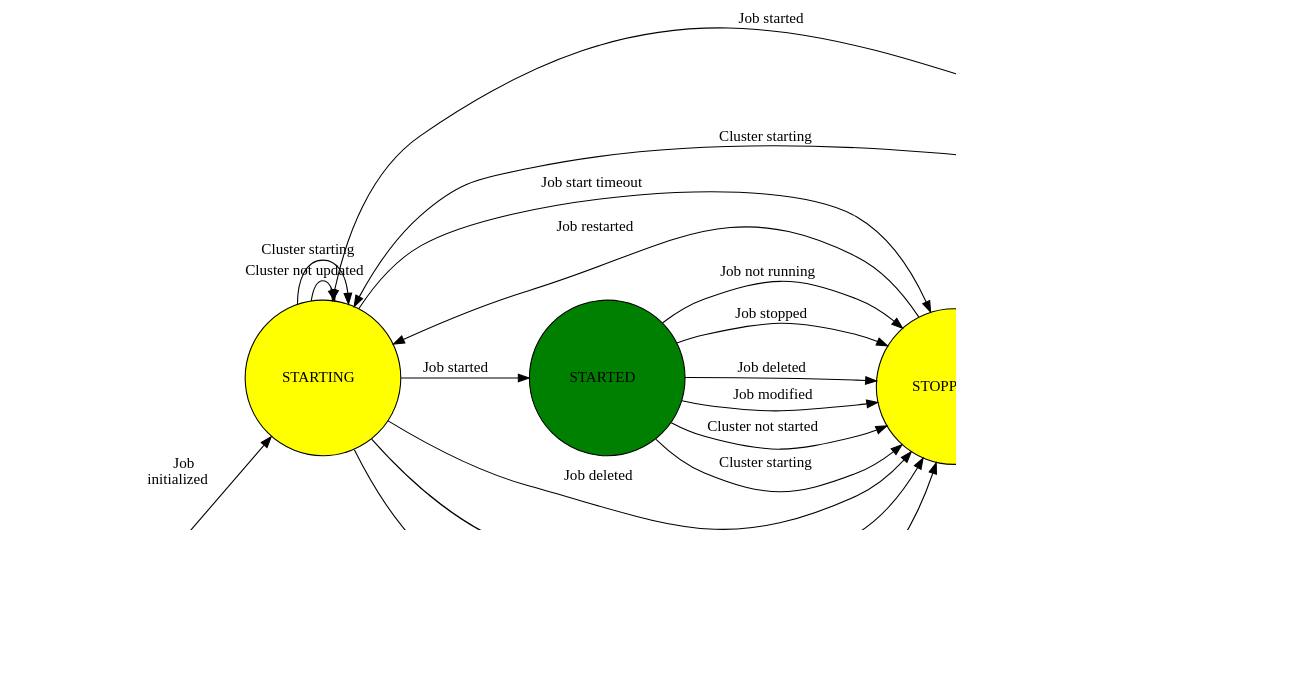
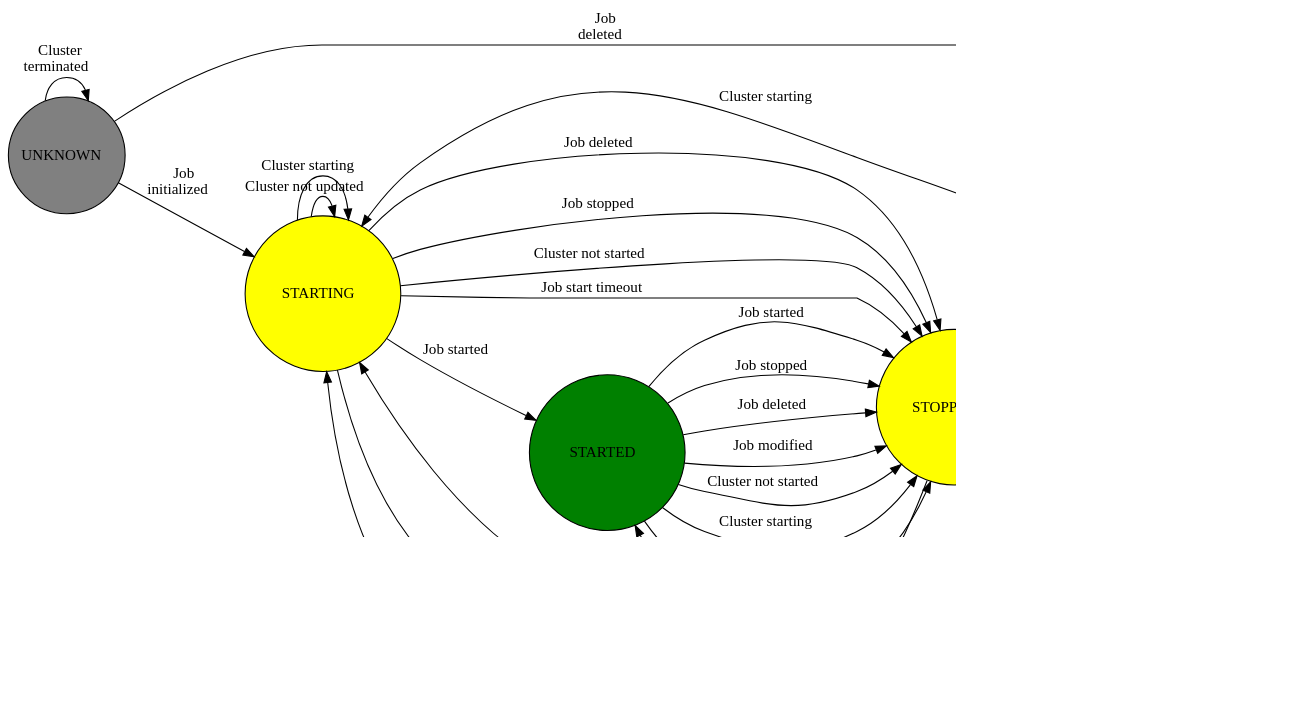
The diagram in graphs/flink-job.dot (nextbreakpoint/flink-k8s-toolbox), drawn with Graphviz before and after one commit. The commit also changed 88 other files, not shown here.

Commit message:
replace watch with informer, implement leader election, accept zero as job parallelism, handle job status in few edge cases, and bump version

```diff
--- a/graphs/flink-job.dot
+++ b/graphs/flink-job.dot
@@ -71,6 +71,20 @@
       <TABLE ALIGN="LEFT" BORDER="0" CELLBORDER="0" CELLSPACING="0">
           <TR>
               <TD>Job start timeout</TD>
+          </TR>
+      </TABLE>
+  > ];
+  STARTING -> STOPPED [ label = <
+      <TABLE ALIGN="LEFT" BORDER="0" CELLBORDER="0" CELLSPACING="0">
+          <TR>
+              <TD>Job suspended<BR/>(parallelism 0)</TD>
+          </TR>
+      </TABLE>
+  > ];
+  STARTED -> STOPPING [ label = <
+      <TABLE ALIGN="LEFT" BORDER="0" CELLBORDER="0" CELLSPACING="0">
+          <TR>
+              <TD>Job started</TD>
           </TR>
       </TABLE>
   > ];
@@ -158,6 +172,13 @@
           </TR>
       </TABLE>
   > ];
+  STOPPED -> STARTED [ label = <
+      <TABLE ALIGN="LEFT" BORDER="0" CELLBORDER="0" CELLSPACING="0">
+          <TR>
+              <TD>Job running</TD>
+          </TR>
+      </TABLE>
+  > ];
   UNKNOWN [ label = <
       <TABLE ALIGN="LEFT" BORDER="0" CELLBORDER="0" CELLSPACING="0">
           <TR>
```
